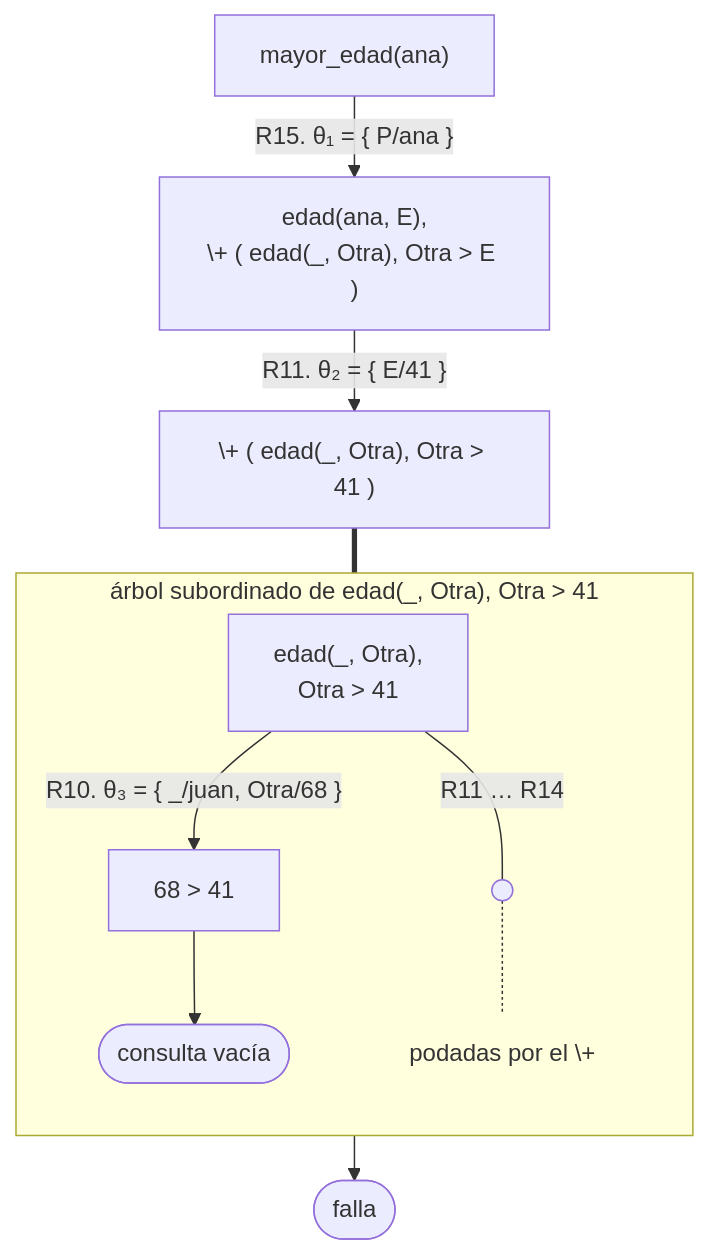
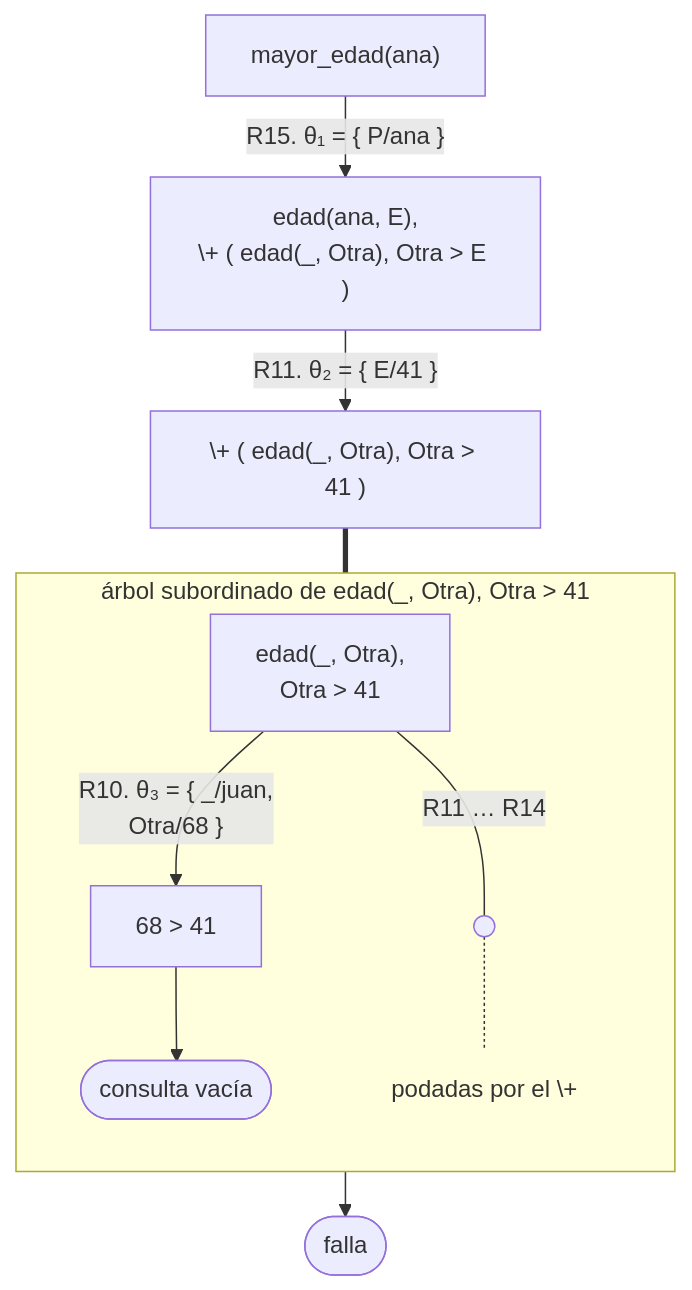
The sixth of 8 diagrams in docs/capitulo-10-negacion-como-falla/index.md (CesarBallardini/curso-de-prolog), drawn with Mermaid before and after one commit. The commit also changed other lines of this file and 24 other files, not shown here.

First line of the commit message:
feat(docs): botones para ocultar las columnas laterales y etiquetas cortas en los diagramas

````diff
--- a/docs/capitulo-10-negacion-como-falla/index.md
+++ b/docs/capitulo-10-negacion-como-falla/index.md
@@ -559,16 +559,16 @@
 ```mermaid
 %%{init: {"flowchart": {"rankSpacing": 30}}}%%
 flowchart TD
     A["mayor_edad(ana)"] -- "R15. θ₁ = {&nbsp;P/ana&nbsp;}" --> B["edad(ana, E),<br/>\+ ( edad(_, Otra), Otra > E )"]
     B -- "R11. θ₂ = {&nbsp;E/41&nbsp;}" --> C["\+ ( edad(_, Otra), Otra > 41 )"]
     C === s
     subgraph s ["árbol subordinado de edad(_, Otra), Otra > 41"]
         direction TB
-        D["edad(_, Otra),<br/>Otra > 41"] -- "R10. θ₃ = {&nbsp;_/juan, Otra/68&nbsp;}" --> D1["68 > 41"]
+        D["edad(_, Otra),<br/>Otra > 41"] -- "R10. θ₃ = {&nbsp;_/juan,<br/>Otra/68&nbsp;}" --> D1["68 > 41"]
         D1 --> S1(["consulta vacía"])
         D -- "R11 … R14" --- p@{ shape: sm-circ } -.- n["podadas por el \+"]
     end
     s --> F(["falla"])
     classDef abierto fill:none,stroke:none;
     class n abierto;
 ```
````
